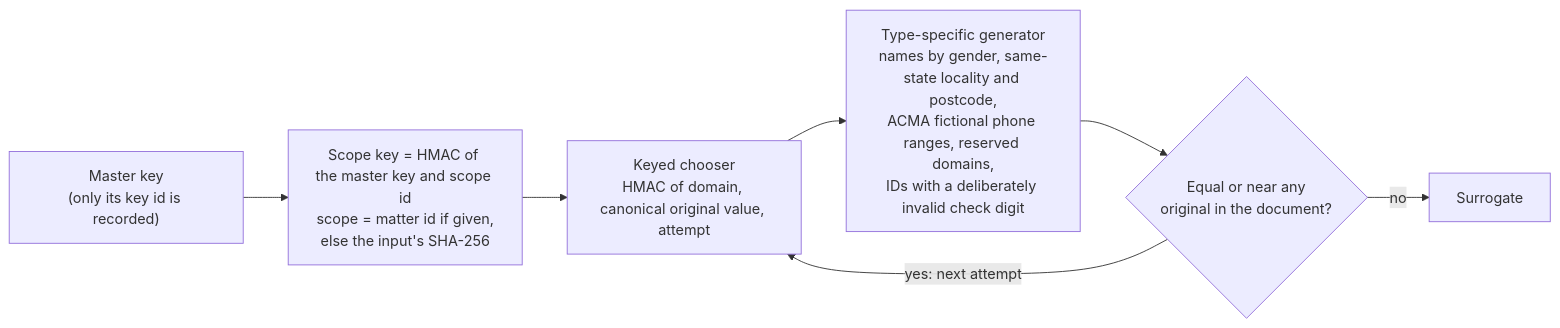
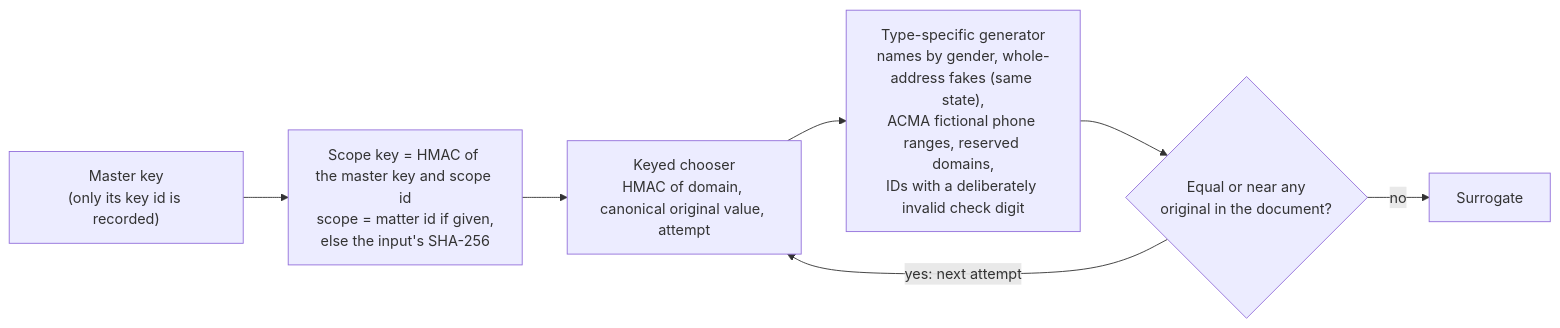
The seventh of 12 diagrams in backend/ARCHITECTURE.md (anshdeshwal31/redaction_tool_from_scratch_2), drawn with Mermaid before and after one commit. The commit also changed other lines of this file and 5 other files, not shown here.

First line of the commit message:
docs: describe whole-address replacement

````diff
--- a/backend/ARCHITECTURE.md
+++ b/backend/ARCHITECTURE.md
@@ -277,9 +301,9 @@
 ```mermaid
 flowchart LR
   km["Master key<br/>(only its key id is recorded)"] --> ks["Scope key = HMAC of the master key and scope id<br/>scope = matter id if given,<br/>else the input's SHA-256"]
   ks --> ch["Keyed chooser<br/>HMAC of domain, canonical original value, attempt"]
-  ch --> gen["Type-specific generator<br/>names by gender, same-state locality and postcode,<br/>ACMA fictional phone ranges, reserved domains,<br/>IDs with a deliberately invalid check digit"]
+  ch --> gen["Type-specific generator<br/>names by gender, whole-address fakes (same state),<br/>ACMA fictional phone ranges, reserved domains,<br/>IDs with a deliberately invalid check digit"]
   gen --> col{"Equal or near any<br/>original in the document?"}
   col -- "yes: next attempt" --> ch
   col -- "no" --> sur["Surrogate"]
 ```
````
